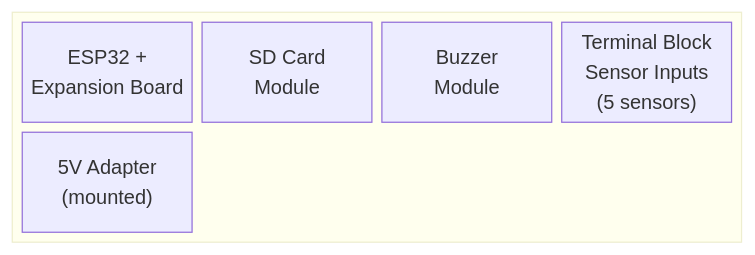
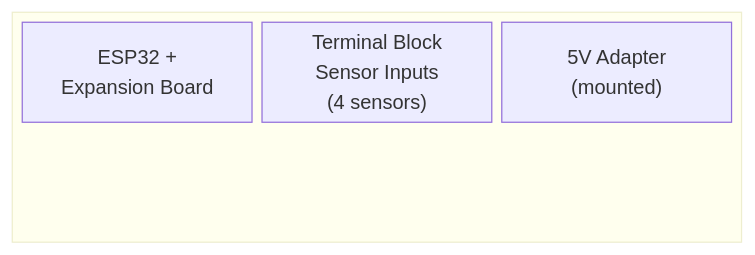
One commit to qppd/water-meter changed the third of 3 diagrams in docs/block-diagram.md. Above: the diagram before and after it, drawn with Mermaid. The commit also changed other lines of this file and 8 other files, not shown here.

````diff
--- a/docs/block-diagram.md
+++ b/docs/block-diagram.md
@@ -198,18 +159,14 @@
 ```mermaid
 block-beta
     columns 4
     
     block:enclosure:4
         columns 4
         
         ESP32Board["ESP32 +<br/>Expansion Board"]:1
         
-        SDCardM["SD Card<br/>Module"]:1
-        
-        Buzzer["Buzzer<br/>Module"]:1
-        
-        Terminal["Terminal Block<br/>Sensor Inputs<br/>(5 sensors)"]:2
+        Terminal["Terminal Block<br/>Sensor Inputs<br/>(4 sensors)"]:2
         
         PSU2["5V Adapter<br/>(mounted)"]:2
     end
 ```
````
